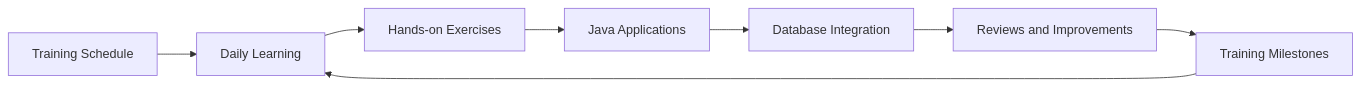
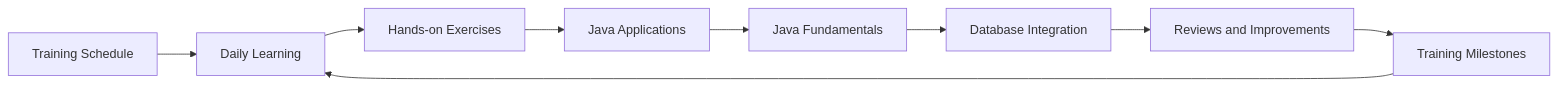
One commit to KishoreMuruganantham/hexaware-training-journal changed the diagram in README.md. Above: the diagram before and after it, drawn with Mermaid. The commit also changed other lines of this file and 17 other files, not shown here.

Commit message:
Add Java fundamentals collections and DTO mapping

````diff
--- a/README.md
+++ b/README.md
@@ -7,10 +7,11 @@
 ```mermaid
 flowchart LR
     A[Training Schedule] --> B[Daily Learning]
     B --> C[Hands-on Exercises]
     C --> D[Java Applications]
-    D --> E[Database Integration]
+    D --> H[Java Fundamentals]
+    H --> E[Database Integration]
     E --> F[Reviews and Improvements]
     F --> G[Training Milestones]
     G --> B
 ```
````
